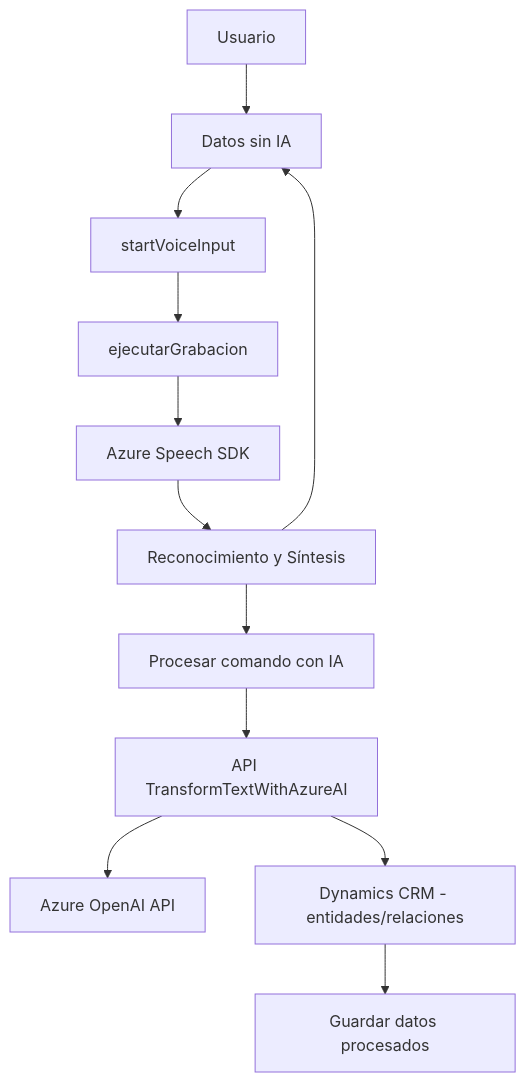
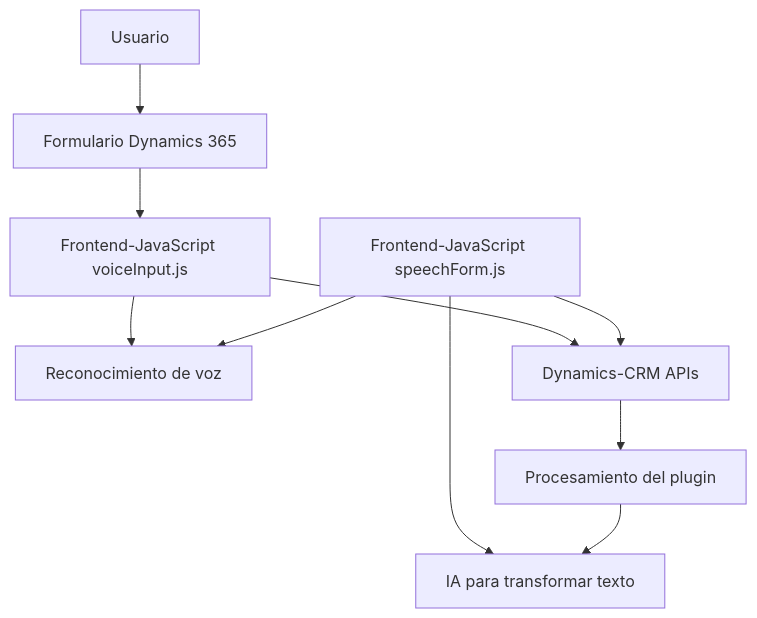
The diagram in README.md (blopezdm/NETCORE_BILBAO2025), drawn with Mermaid before and after one commit. The commit also changed other lines of this file, not shown here.

Commit message:
Actualizar análisis global de la solución con IA

````diff
--- a/README.md
+++ b/README.md
@@ -39,14 +45,21 @@
 ```mermaid
 graph TD
-    A[Usuario] --> B["Formulario Dynamics 365"]
-    B --> C["startVoiceInput"]
-    C --> D["ejecutarGrabacion"]
-    D --> E["Azure Speech SDK"]
-    E --> F["Reconocimiento y Síntesis"]
-    F --> B["Datos sin IA"]
-    F --> G["Procesar comando con IA"]
-    G --> H["API TransformTextWithAzureAI"]
-    H --> I["Azure OpenAI API"]
-    H --> J["Dynamics CRM - entidades/relaciones"]
-    J --> K["Guardar datos procesados"]
+    A["Frontend-JavaScript voiceInput.js"]
+    B["Frontend-JavaScript speechForm.js"]
+    C["Backend-CSharp plugin TransformTextWithAzureAI.cs"]
+    D["Azure-Speech SDK"]
+    E["Azure-OpenAI Endpoint"]
+    F["Dynamics-CRM APIs"]
+    G["Usuario"]
+    H["Formulario Dynamics 365"]
+
+    G --> H
+    H --> A
+    A --> D["Reconocimiento y síntesis de voz"]
+    A --> F
+    B --> D["Reconocimiento de voz"]
+    B --> E["IA para transformar texto"]
+    B --> F
+    F --> C["Procesamiento del plugin"]
+    C --> E
 ```
````
